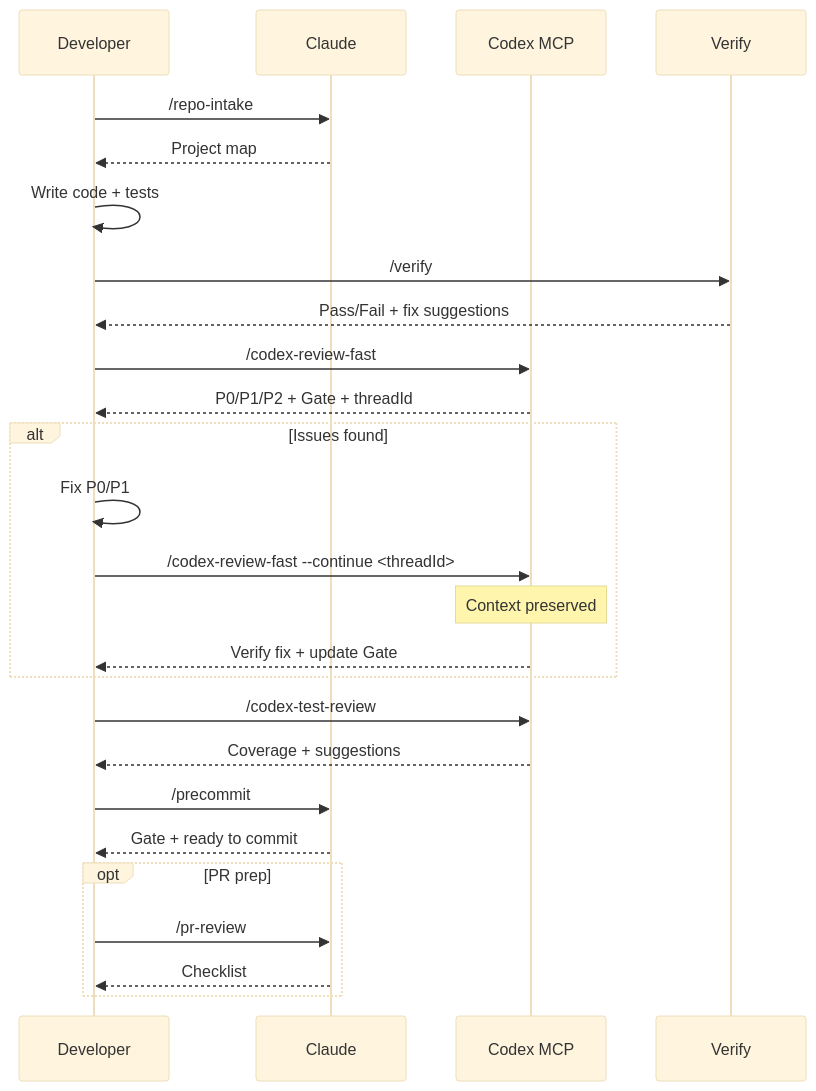
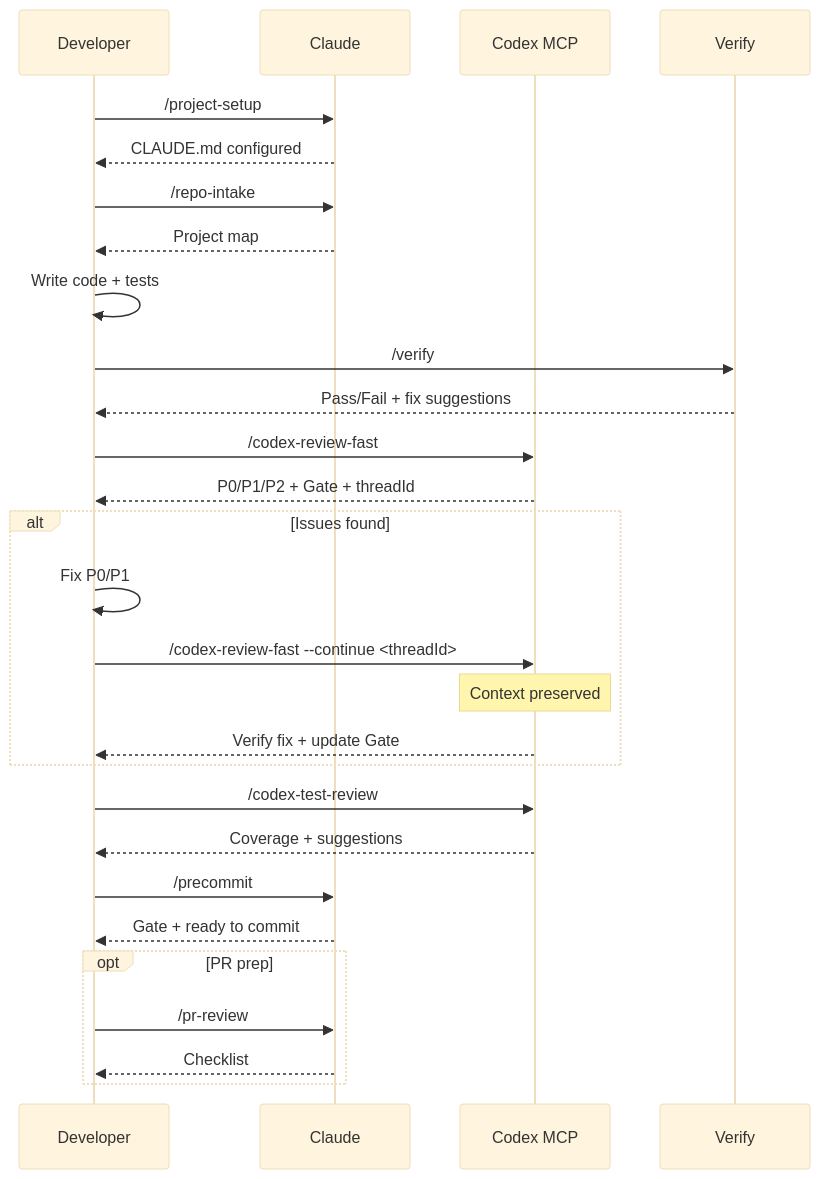
Before and after one commit to jupiter-Pulin/Uranus-dev-flow: the diagram in README.md, drawn with Mermaid (base theme). The commit also changed other lines of this file and 125 other files, not shown here.

First line of the commit message:
feat: Adds sd0x-dev-flow Claude Codex plugin suite

````diff
--- a/README.md
+++ b/README.md
@@ -35,36 +45,39 @@
 ```mermaid
 sequenceDiagram
     participant D as Developer
     participant C as Claude
     participant X as Codex MCP
     participant V as Verify
+
+    D->>C: /project-setup
+    C-->>D: CLAUDE.md configured
 
     D->>C: /repo-intake
     C-->>D: Project map
 
     D->>D: Write code + tests
 
     D->>V: /verify
     V-->>D: Pass/Fail + fix suggestions
 
     D->>X: /codex-review-fast
     X-->>D: P0/P1/P2 + Gate + threadId
 
     alt Issues found
         D->>D: Fix P0/P1
         D->>X: /codex-review-fast --continue <threadId>
         Note over X: Context preserved
         X-->>D: Verify fix + update Gate
     end
 
     D->>X: /codex-test-review
     X-->>D: Coverage + suggestions
 
     D->>C: /precommit
     C-->>D: Gate + ready to commit
 
     opt PR prep
         D->>C: /pr-review
         C-->>D: Checklist
     end
 ```
````
